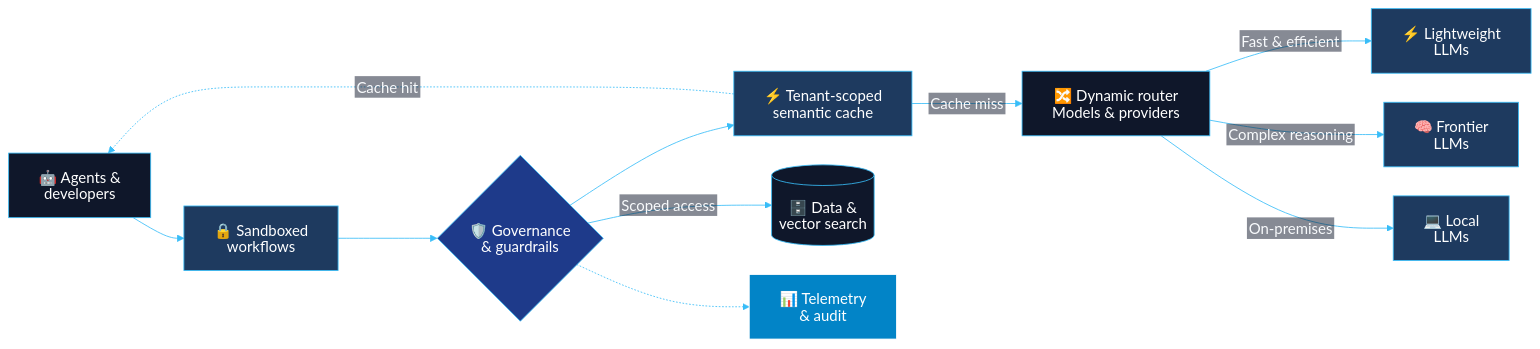
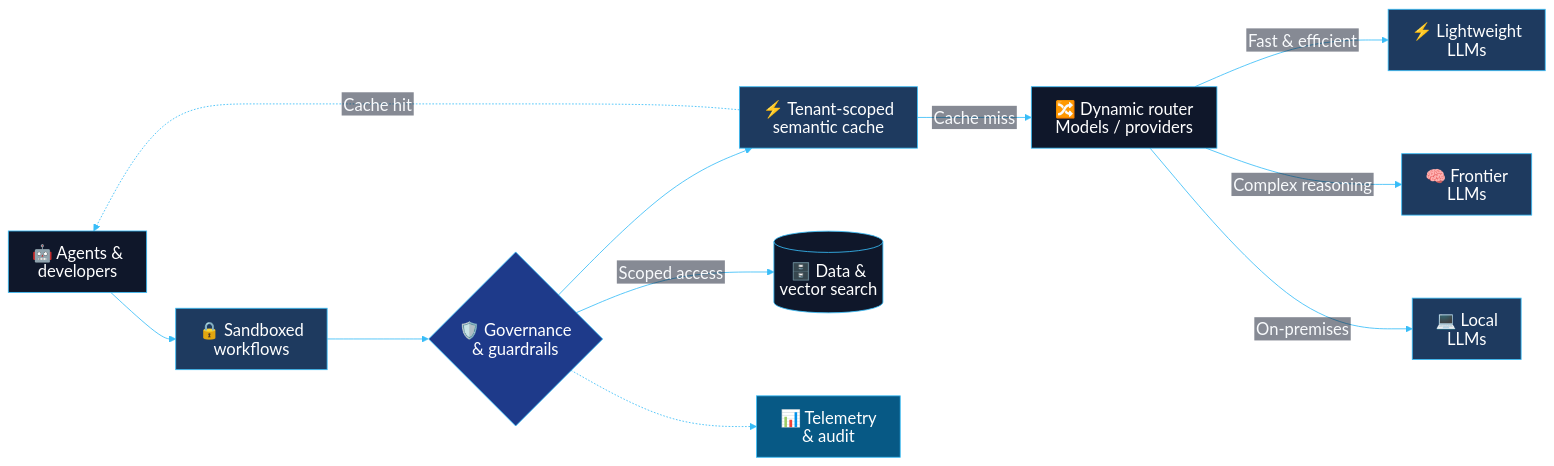
Before and after one commit to VanshajVerma/VanshajVerma: the diagram in README.md, drawn with Mermaid. The commit also changed other lines of this file, not shown here.

First line of the commit message:
Polish horizontal profile layout and improve readability

````diff
--- a/README.md
+++ b/README.md
@@ -42,24 +42,24 @@
 ```mermaid
-%%{init: {"theme": "base", "look": "classic", "layout": "dagre", "htmlLabels": false, "flowchart": {"curve": "basis", "padding": 18, "nodeSpacing": 35, "rankSpacing": 40, "wrappingWidth": 200}, "themeVariables": {"fontFamily": "Arial, sans-serif", "fontSize": "18px", "edgeLabelBackground": "#0F172A", "textColor": "#F8FAFC", "primaryTextColor": "#F8FAFC", "lineColor": "#38BDF8"}}}%%
+%%{init: {"theme": "base", "look": "classic", "layout": "dagre", "htmlLabels": false, "flowchart": {"curve": "basis", "padding": 14, "nodeSpacing": 100, "rankSpacing": 35, "diagramPadding": 16, "wrappingWidth": 190, "minNodeWidth": 80}, "themeVariables": {"fontFamily": "Arial, sans-serif", "fontSize": "20px", "edgeLabelBackground": "#0F172A", "textColor": "#F8FAFC", "primaryTextColor": "#F8FAFC", "lineColor": "#38BDF8"}}}%%
 flowchart LR
     A["🤖 Agents &<br/>developers"] --> S["🔒 Sandboxed<br/>workflows"]
     S --> B{"🛡️ Governance<br/>& guardrails"}
     B --> H["⚡ Tenant-scoped<br/>semantic cache"]
-    H -->|Cache miss| C["🔀 Dynamic router<br/>Models & providers"]
+    H -->|Cache miss| C["🔀 Dynamic router<br/>Models / providers"]
     H -.->|Cache hit| A
     C -->|Fast & efficient| D["⚡ Lightweight<br/>LLMs"]
     C -->|Complex reasoning| E["🧠 Frontier<br/>LLMs"]
     C -->|On-premises| L["💻 Local<br/>LLMs"]
     B -->|Scoped access| F[("🗄️ Data &<br/>vector search")]
     B -.-> G["📊 Telemetry<br/>& audit"]
     style A fill:#0F172A,stroke:#38BDF8,color:#fff
     style S fill:#1E3A5F,stroke:#38BDF8,color:#fff
     style B fill:#1E3A8A,stroke:#38BDF8,color:#fff
     style H fill:#1E3A5F,stroke:#38BDF8,color:#fff
     style C fill:#0F172A,stroke:#38BDF8,color:#fff
     style D fill:#1E3A5F,stroke:#38BDF8,color:#fff
     style E fill:#1E3A5F,stroke:#38BDF8,color:#fff
     style L fill:#1E3A5F,stroke:#38BDF8,color:#fff
     style F fill:#0F172A,stroke:#38BDF8,color:#fff
-    style G fill:#0284C7,stroke:#fff,color:#fff
+    style G fill:#075985,stroke:#38BDF8,color:#fff
 ```
````
